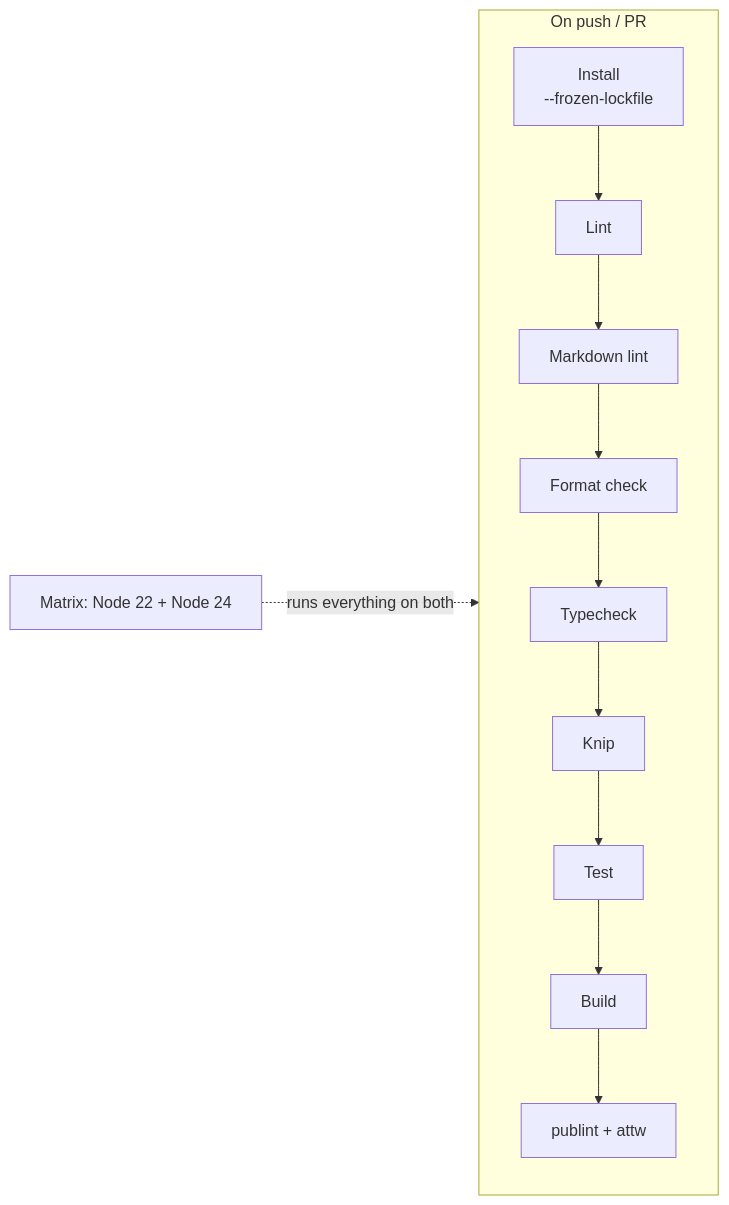
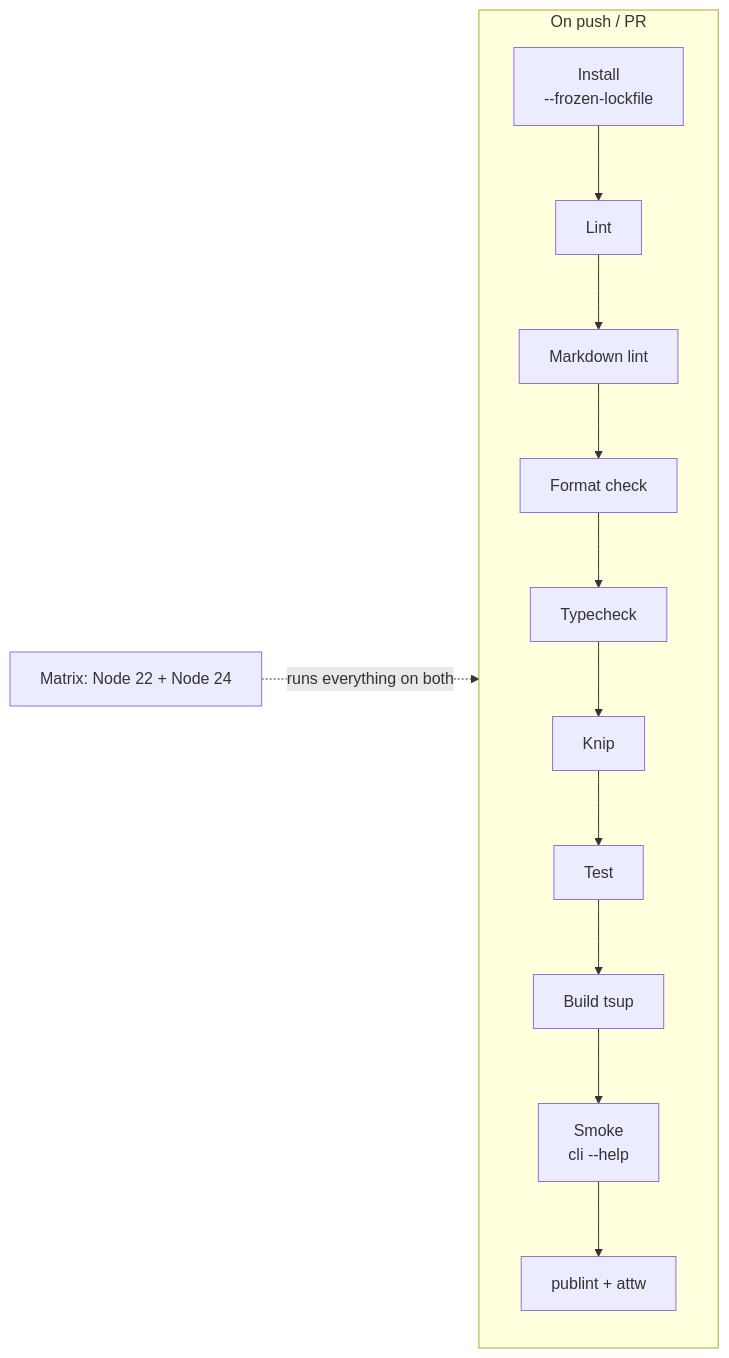
One commit to rlopc/typescript_library_seed changed the third of 4 diagrams in docs/PROJECT_GUIDE.md. Above: the diagram before and after it, drawn with Mermaid. The commit also changed other lines of this file and 15 other files, not shown here.

````diff
--- a/docs/PROJECT_GUIDE.md
+++ b/docs/PROJECT_GUIDE.md
@@ -605,15 +741,16 @@
 ```mermaid
 flowchart LR
     subgraph "On push / PR"
     direction TB
     I[Install<br/>--frozen-lockfile] --> L[Lint]
     L --> MD[Markdown lint]
     MD --> F[Format check]
     F --> T[Typecheck]
     T --> K[Knip]
     K --> U[Test]
-    U --> B[Build]
-    B --> P[publint + attw]
+    U --> B[Build tsup]
+    B --> S[Smoke<br/>cli --help]
+    S --> P[publint + attw]
     end
     M[Matrix: Node 22 + Node 24] -.runs everything on both.-> I
 ```
````
